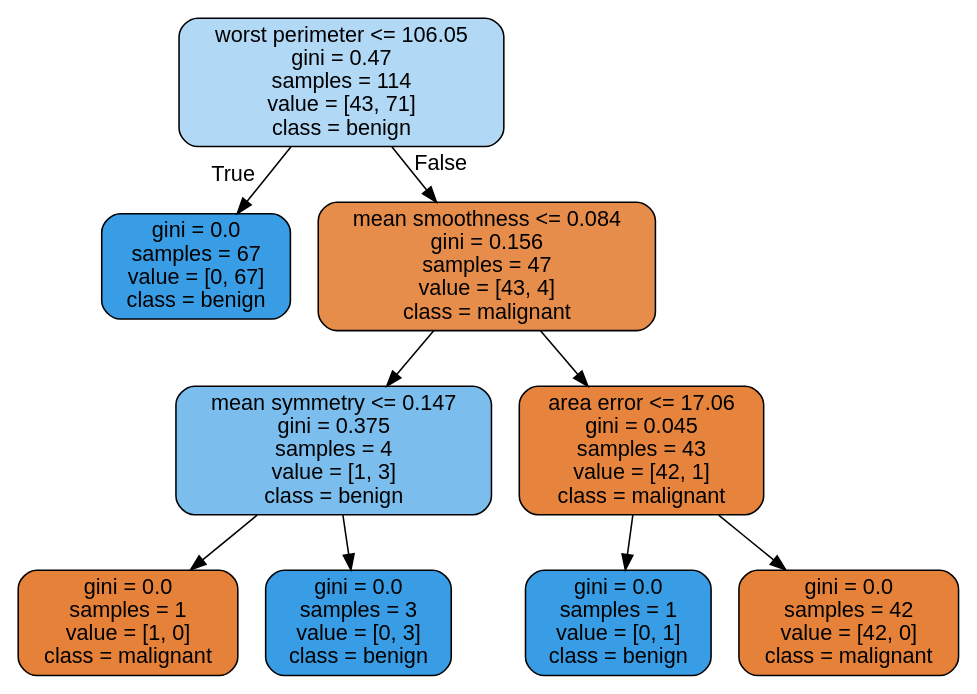
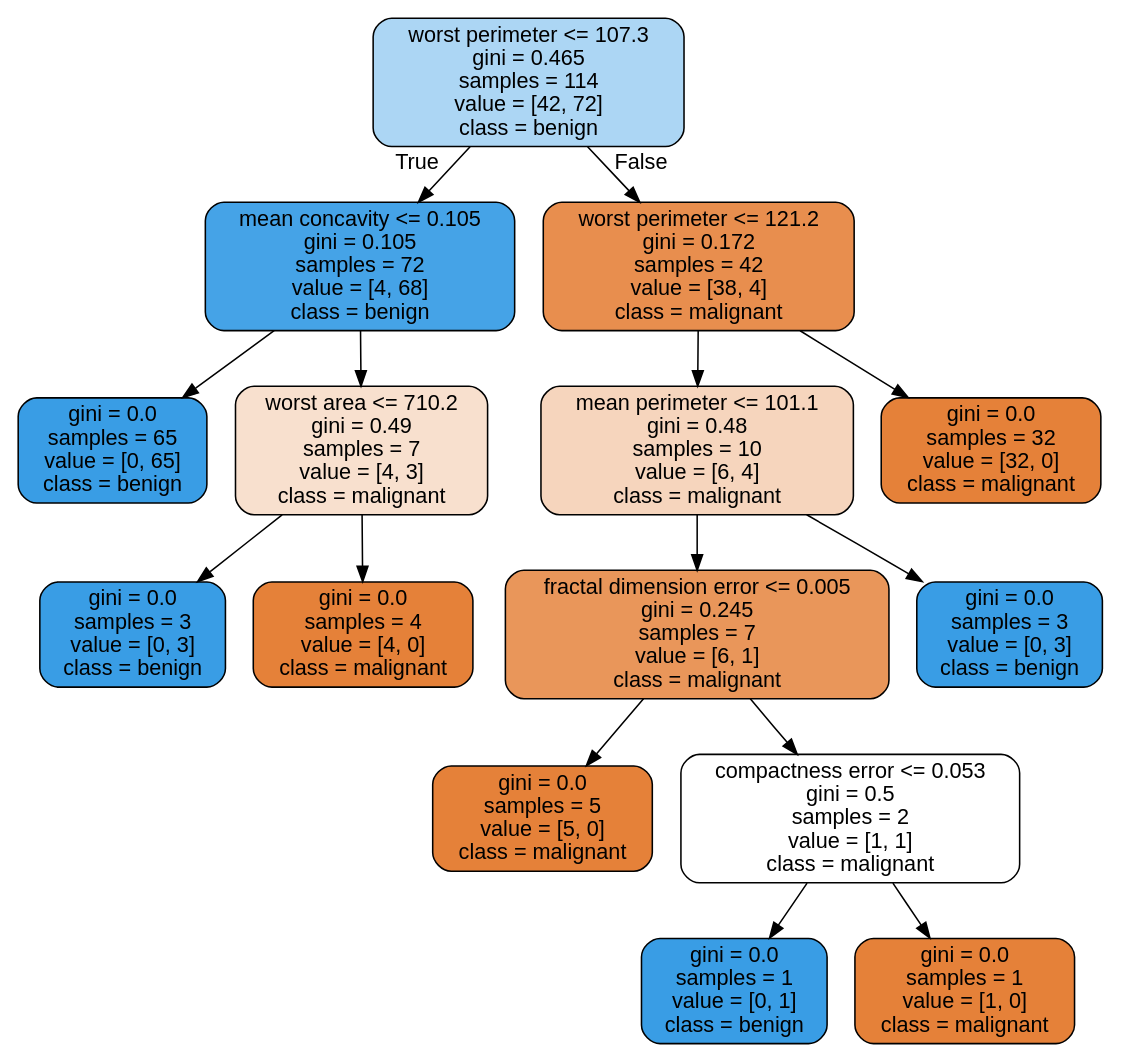
The diagram in images/decision_trees/cancer_tree_test.dot (JoseDeJesusMendozaBecerril/Practica4_MineriaDeDatos), drawn with Graphviz before and after one commit. The commit also changed 8 other files, not shown here.

```diff
--- a/images/decision_trees/cancer_tree_test.dot
+++ b/images/decision_trees/cancer_tree_test.dot
@@ -1,21 +1,33 @@
 digraph Tree {
 node [shape=box, style="filled, rounded", color="black", fontname=helvetica] ;
 edge [fontname=helvetica] ;
-0 [label="worst perimeter <= 106.05\ngini = 0.47\nsamples = 114\nvalue = [43, 71]\nclass = benign", fillcolor="#b1d8f5"] ;
-1 [label="gini = 0.0\nsamples = 67\nvalue = [0, 67]\nclass = benign", fillcolor="#399de5"] ;
+0 [label="worst perimeter <= 107.3\ngini = 0.465\nsamples = 114\nvalue = [42, 72]\nclass = benign", fillcolor="#acd6f4"] ;
+1 [label="mean concavity <= 0.105\ngini = 0.105\nsamples = 72\nvalue = [4, 68]\nclass = benign", fillcolor="#45a3e7"] ;
 0 -> 1 [labeldistance=2.5, labelangle=45, headlabel="True"] ;
-2 [label="mean smoothness <= 0.084\ngini = 0.156\nsamples = 47\nvalue = [43, 4]\nclass = malignant", fillcolor="#e78d4b"] ;
-0 -> 2 [labeldistance=2.5, labelangle=-45, headlabel="False"] ;
-3 [label="mean symmetry <= 0.147\ngini = 0.375\nsamples = 4\nvalue = [1, 3]\nclass = benign", fillcolor="#7bbeee"] ;
-2 -> 3 ;
-4 [label="gini = 0.0\nsamples = 1\nvalue = [1, 0]\nclass = malignant", fillcolor="#e58139"] ;
+2 [label="gini = 0.0\nsamples = 65\nvalue = [0, 65]\nclass = benign", fillcolor="#399de5"] ;
+1 -> 2 ;
+3 [label="worst area <= 710.2\ngini = 0.49\nsamples = 7\nvalue = [4, 3]\nclass = malignant", fillcolor="#f8e0ce"] ;
+1 -> 3 ;
+4 [label="gini = 0.0\nsamples = 3\nvalue = [0, 3]\nclass = benign", fillcolor="#399de5"] ;
 3 -> 4 ;
-5 [label="gini = 0.0\nsamples = 3\nvalue = [0, 3]\nclass = benign", fillcolor="#399de5"] ;
+5 [label="gini = 0.0\nsamples = 4\nvalue = [4, 0]\nclass = malignant", fillcolor="#e58139"] ;
 3 -> 5 ;
-6 [label="area error <= 17.06\ngini = 0.045\nsamples = 43\nvalue = [42, 1]\nclass = malignant", fillcolor="#e6843e"] ;
-2 -> 6 ;
-7 [label="gini = 0.0\nsamples = 1\nvalue = [0, 1]\nclass = benign", fillcolor="#399de5"] ;
+6 [label="worst perimeter <= 121.2\ngini = 0.172\nsamples = 42\nvalue = [38, 4]\nclass = malignant", fillcolor="#e88e4e"] ;
+0 -> 6 [labeldistance=2.5, labelangle=-45, headlabel="False"] ;
+7 [label="mean perimeter <= 101.1\ngini = 0.48\nsamples = 10\nvalue = [6, 4]\nclass = malignant", fillcolor="#f6d5bd"] ;
 6 -> 7 ;
-8 [label="gini = 0.0\nsamples = 42\nvalue = [42, 0]\nclass = malignant", fillcolor="#e58139"] ;
-6 -> 8 ;
+8 [label="fractal dimension error <= 0.005\ngini = 0.245\nsamples = 7\nvalue = [6, 1]\nclass = malignant", fillcolor="#e9965a"] ;
+7 -> 8 ;
+9 [label="gini = 0.0\nsamples = 5\nvalue = [5, 0]\nclass = malignant", fillcolor="#e58139"] ;
+8 -> 9 ;
+10 [label="compactness error <= 0.053\ngini = 0.5\nsamples = 2\nvalue = [1, 1]\nclass = malignant", fillcolor="#ffffff"] ;
+8 -> 10 ;
+11 [label="gini = 0.0\nsamples = 1\nvalue = [0, 1]\nclass = benign", fillcolor="#399de5"] ;
+10 -> 11 ;
+12 [label="gini = 0.0\nsamples = 1\nvalue = [1, 0]\nclass = malignant", fillcolor="#e58139"] ;
+10 -> 12 ;
+13 [label="gini = 0.0\nsamples = 3\nvalue = [0, 3]\nclass = benign", fillcolor="#399de5"] ;
+7 -> 13 ;
+14 [label="gini = 0.0\nsamples = 32\nvalue = [32, 0]\nclass = malignant", fillcolor="#e58139"] ;
+6 -> 14 ;
 }
```
